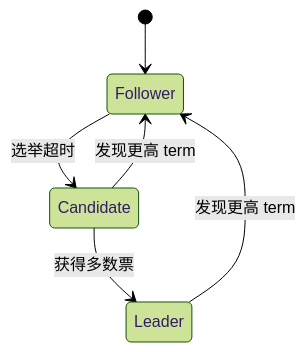
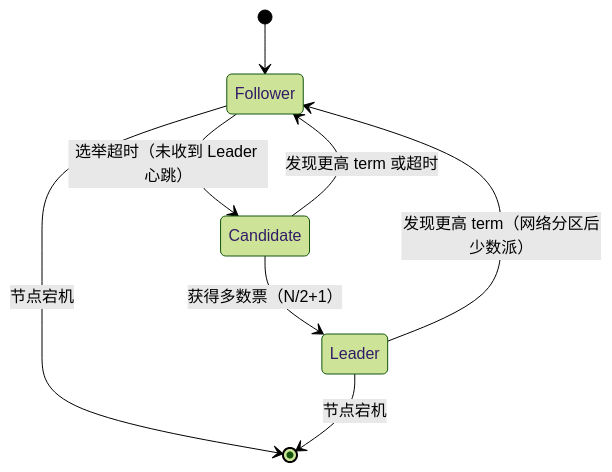
The third of 3 diagrams in 02-message-queue/etcd/etcd-cluster-production/etcd-cluster生产级部署与运维指南.md (yansongwel/technical-documentation), drawn with Mermaid (forest theme) before and after one commit. The commit also changed other lines of this file and 7 other files, not shown here.

````diff
--- a/02-message-queue/etcd/etcd-cluster-production/etcd-cluster生产级部署与运维指南.md
+++ b/02-message-queue/etcd/etcd-cluster-production/etcd-cluster生产级部署与运维指南.md
@@ -651,8 +756,10 @@
 ```mermaid
 stateDiagram-v2
     [*] --> Follower
-    Follower --> Candidate: 选举超时
-    Candidate --> Leader: 获得多数票
-    Candidate --> Follower: 发现更高 term
-    Leader --> Follower: 发现更高 term
+    Follower --> Candidate: 选举超时（未收到 Leader 心跳）
+    Candidate --> Leader: 获得多数票（N/2+1）
+    Candidate --> Follower: 发现更高 term 或超时
+    Leader --> Follower: 发现更高 term（网络分区后少数派）
+    Follower --> [*]: 节点宕机
+    Leader --> [*]: 节点宕机
 ```
````
